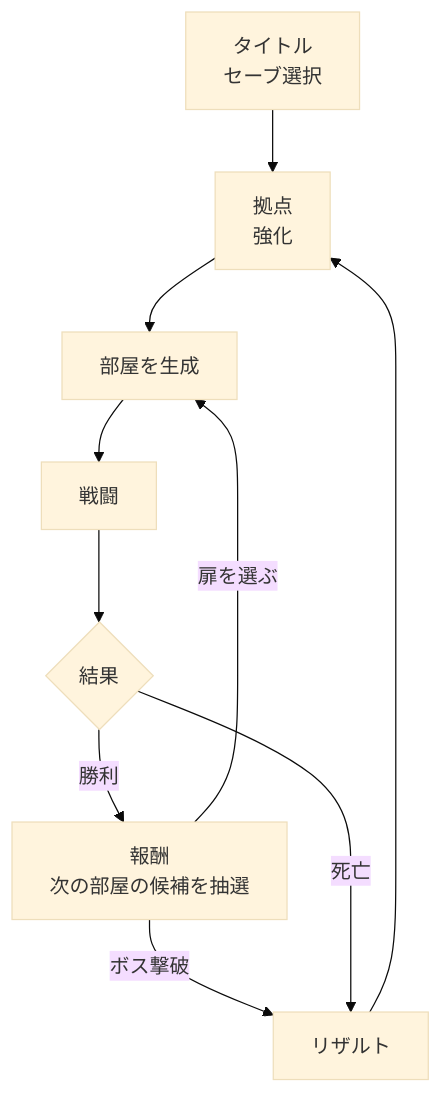
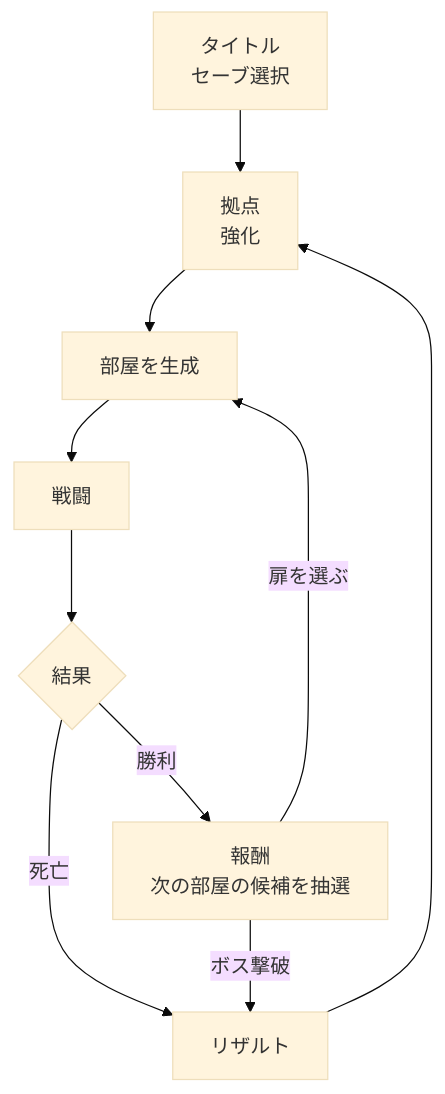
The first of 2 diagrams in src/content/works/hitoriga.md (Nerunell11/Nerunell11.github.io), drawn with Mermaid (base theme) before and after one commit. The commit also changed 3 other files, not shown here.

First line of the commit message:
ほかの作品の図も矢印の交差をなくす

````diff
--- a/src/content/works/hitoriga.md
+++ b/src/content/works/hitoriga.md
@@ -22,12 +22,12 @@
 ```mermaid
 flowchart TD
     A["タイトル<br/>セーブ選択"] --> B["拠点<br/>強化"]
     B --> C["部屋を生成"]
     C --> D["戦闘"]
     D --> E{"結果"}
     E -->|"勝利"| F["報酬<br/>次の部屋の候補を抽選"]
+    E -->|"死亡"| G["リザルト"]
     F -->|"扉を選ぶ"| C
-    F -->|"ボス撃破"| G["リザルト"]
-    E -->|"死亡"| G
+    F -->|"ボス撃破"| G
     G --> B
 ```
````
